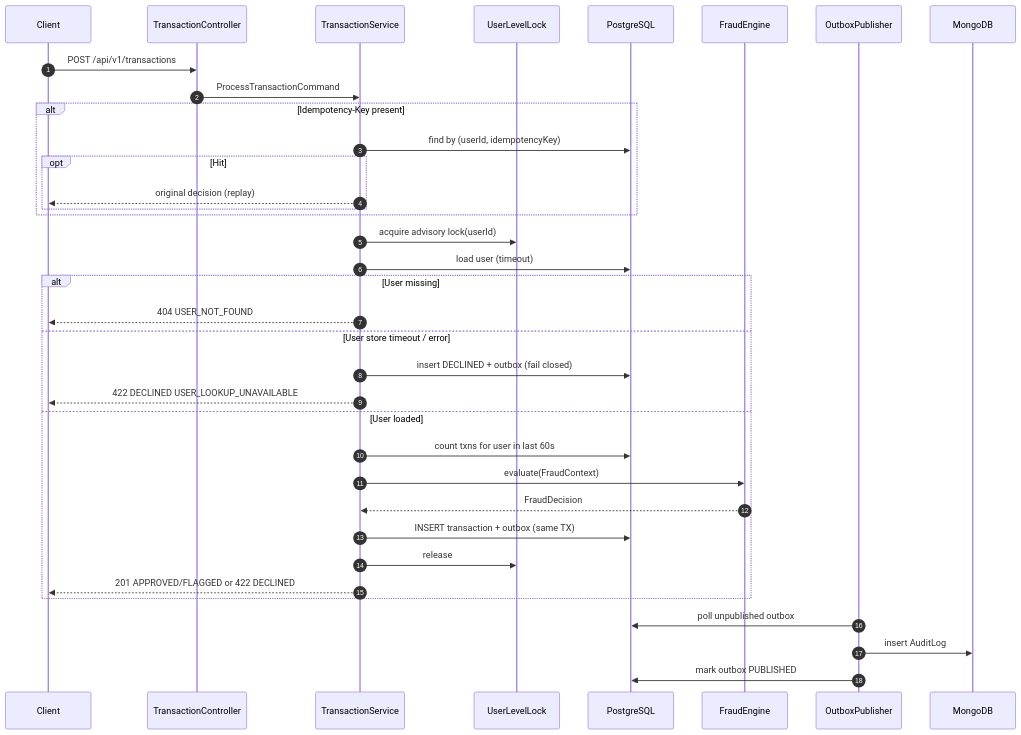
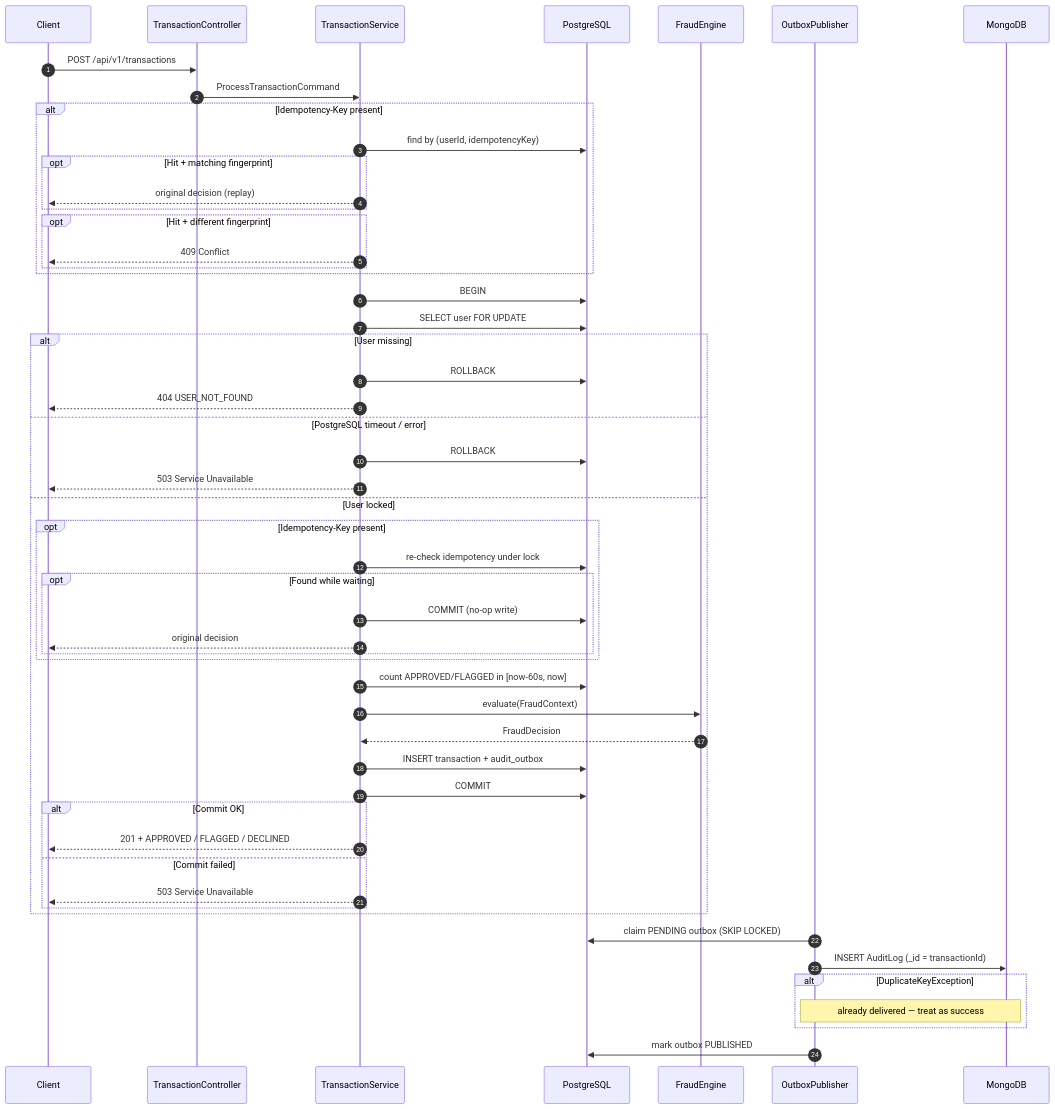
Before and after one commit to aaami1ster/payment-processing-system: the second of 7 diagrams in docs/system-design.md, drawn with Mermaid. The commit also changed other lines of this file, not shown here.

Commit message:
docs: update system design document to clarify architecture and assumptions for payment processing service

````diff
--- a/docs/system-design.md
+++ b/docs/system-design.md
@@ -114,42 +158,59 @@
 ```mermaid
 sequenceDiagram
     autonumber
     participant C as Client
     participant API as TransactionController
     participant TS as TransactionService
-    participant Lock as UserLevelLock
     participant PG as PostgreSQL
     participant FE as FraudEngine
     participant OB as OutboxPublisher
     participant M as MongoDB
 
     C->>API: POST /api/v1/transactions
     API->>TS: ProcessTransactionCommand
 
     alt Idempotency-Key present
         TS->>PG: find by (userId, idempotencyKey)
-        opt Hit
+        opt Hit + matching fingerprint
             TS-->>C: original decision (replay)
+        end
+        opt Hit + different fingerprint
+            TS-->>C: 409 Conflict
         end
     end
 
-    TS->>Lock: acquire advisory lock(userId)
-    TS->>PG: load user (timeout)
+    TS->>PG: BEGIN
+    TS->>PG: SELECT user FOR UPDATE
     alt User missing
+        TS->>PG: ROLLBACK
         TS-->>C: 404 USER_NOT_FOUND
-    else User store timeout / error
-        TS->>PG: insert DECLINED + outbox (fail closed)
-        TS-->>C: 422 DECLINED USER_LOOKUP_UNAVAILABLE
-    else User loaded
-        TS->>PG: count txns for user in last 60s
+    else PostgreSQL timeout / error
+        TS->>PG: ROLLBACK
+        TS-->>C: 503 Service Unavailable
+    else User locked
+        opt Idempotency-Key present
+            TS->>PG: re-check idempotency under lock
+            opt Found while waiting
+                TS->>PG: COMMIT (no-op write)
+                TS-->>C: original decision
+            end
+        end
+        TS->>PG: count APPROVED/FLAGGED in [now-60s, now]
         TS->>FE: evaluate(FraudContext)
         FE-->>TS: FraudDecision
-        TS->>PG: INSERT transaction + outbox (same TX)
-        TS->>Lock: release
-        TS-->>C: 201 APPROVED/FLAGGED or 422 DECLINED
+        TS->>PG: INSERT transaction + audit_outbox
+        TS->>PG: COMMIT
+        alt Commit OK
+            TS-->>C: 201 + APPROVED / FLAGGED / DECLINED
+        else Commit failed
+            TS-->>C: 503 Service Unavailable
+        end
     end
 
-    OB->>PG: poll unpublished outbox
-    OB->>M: insert AuditLog
+    OB->>PG: claim PENDING outbox (SKIP LOCKED)
+    OB->>M: INSERT AuditLog (_id = transactionId)
+    alt DuplicateKeyException
+        Note over OB,M: already delivered — treat as success
+    end
     OB->>PG: mark outbox PUBLISHED
 ```
````
